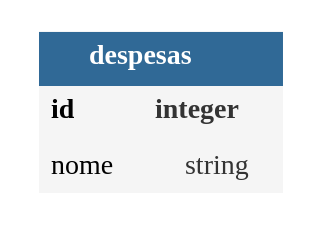
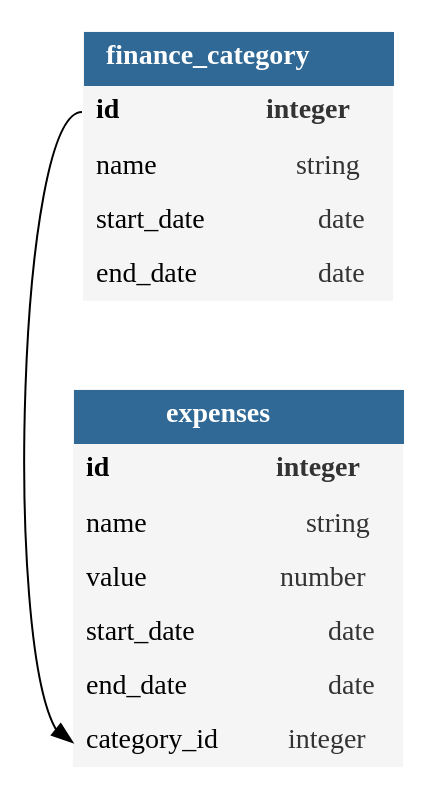
Before and after one commit to meadapt/vyon: the diagram in erd.dot, drawn with Graphviz. The commit also changed 1 other file, not shown here.

Commit message:
Update ERD picture
Expense
Category

```diff
--- a/erd.dot
+++ b/erd.dot
@@ -1,4 +1,5 @@
 digraph "teste"{
-    "despesas" [shape=plaintext,label=<<table bgcolor="#f5f5f5" border="0" cellborder="0" cellspacing="0" cellpadding="6"><tr><td colspan="2" bgcolor="#306996"><b><font color="#ffffff">despesas</font></b></td></tr><tr><td port="idn" align="left"><b>id</b></td><td port="idt" align="right"><b><font color="#333333">integer</font></b></td></tr><tr><td port="nomen" align="left">nome</td><td port="nomet" align="right"><font color="#333333">string</font></td></tr></table>>]
-    
+    "finance_category" [shape=plaintext,label=<<table bgcolor="#f5f5f5" border="0" cellborder="0" cellspacing="0" cellpadding="6"><tr><td colspan="2" bgcolor="#306996"><b><font color="#ffffff">finance_category</font></b></td></tr><tr><td port="idn" align="left"><b>id</b></td><td port="idt" align="right"><b><font color="#333333">integer</font></b></td></tr><tr><td port="namen" align="left">name</td><td port="namet" align="right"><font color="#333333">string</font></td></tr><tr><td port="start_daten" align="left">start_date</td><td port="start_datet" align="right"><font color="#333333">date</font></td></tr><tr><td port="end_daten" align="left">end_date</td><td port="end_datet" align="right"><font color="#333333">date</font></td></tr></table>>]
+	"expenses" [shape=plaintext,label=<<table bgcolor="#f5f5f5" border="0" cellborder="0" cellspacing="0" cellpadding="6"><tr><td colspan="2" bgcolor="#306996"><b><font color="#ffffff">expenses</font></b></td></tr><tr><td port="idn" align="left"><b>id</b></td><td port="idt" align="right"><b><font color="#333333">integer</font></b></td></tr><tr><td port="namen" align="left">name</td><td port="namet" align="right"><font color="#333333">string</font></td></tr><tr><td port="valuen" align="left">value</td><td port="valuet" align="right"><font color="#333333">number</font></td></tr><tr><td port="start_daten" align="left">start_date</td><td port="start_datet" align="right"><font color="#333333">date</font></td></tr><tr><td port="end_daten" align="left">end_date</td><td port="end_datet" align="right"><font color="#333333">date</font></td></tr><tr><td port="category_idn" align="left">category_id</td><td port="category_idt" align="right"><font color="#333333">integer</font></td></tr></table>>]
+    "finance_category":idn -> "expenses":category_idn;
 }
```
